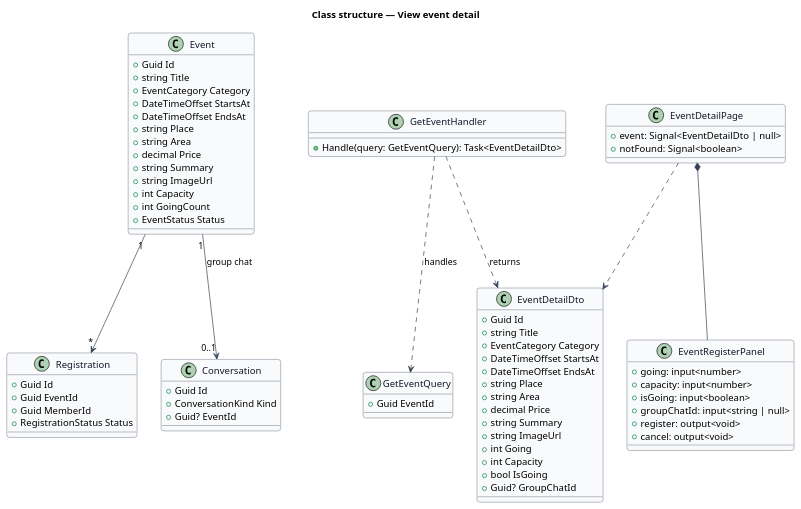
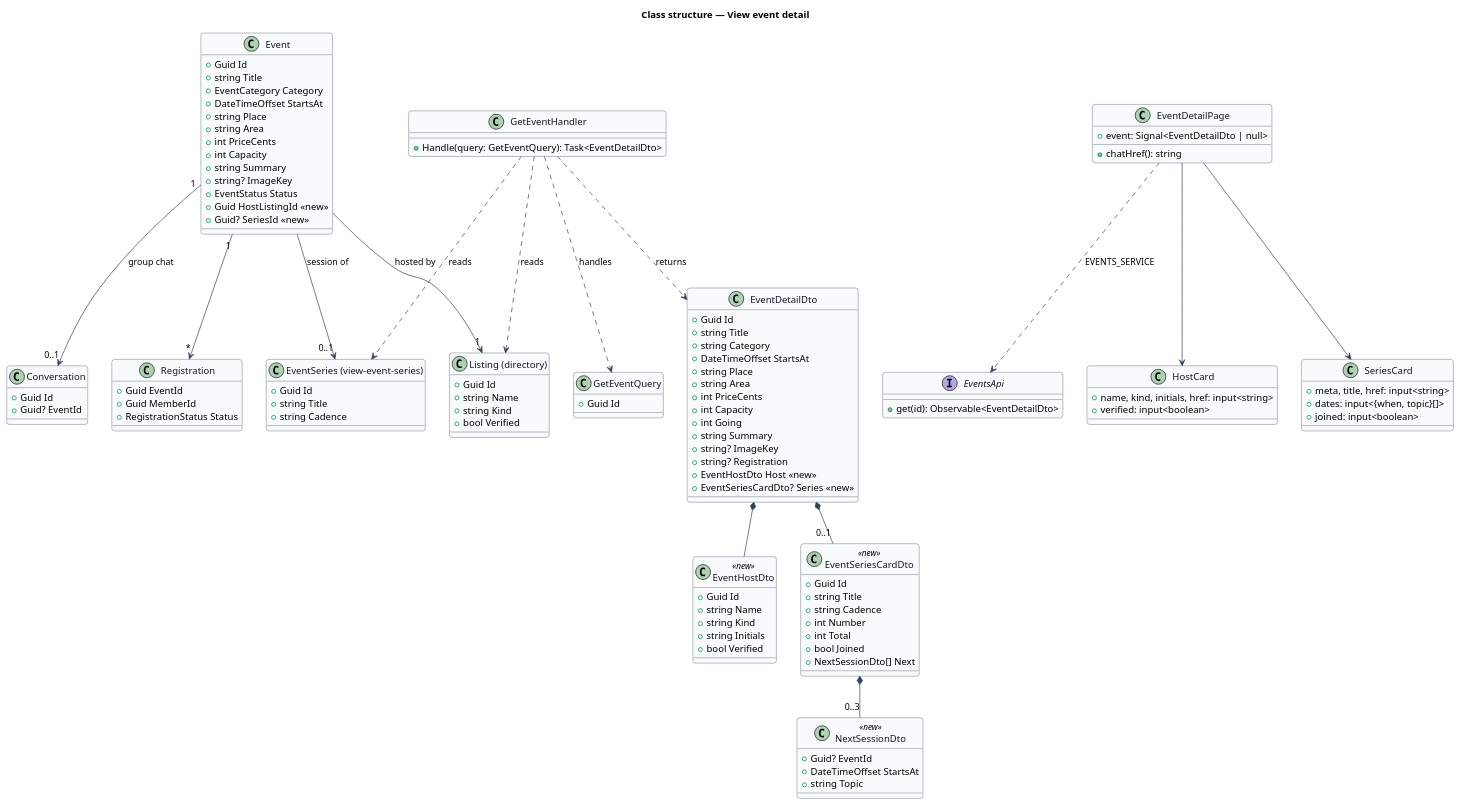
One commit to QuinntyneBrown/christian-fitness changed the diagram in docs/detailed-designs/events/view-event-detail/diagrams/class.puml. Above: the diagram before and after it, drawn with PlantUML. The commit also changed 84 other files, not shown here.

```diff
--- a/docs/detailed-designs/events/view-event-detail/diagrams/class.puml
+++ b/docs/detailed-designs/events/view-event-detail/diagrams/class.puml
@@ -1,80 +1,122 @@
 @startuml
 skinparam backgroundColor #FFFFFF
 skinparam shadowing false
 skinparam roundcorner 8
 skinparam defaultFontName Arial
 skinparam ArrowColor #344054
 skinparam class {
   BorderColor #344054
   FontColor #101828
   BackgroundColor #F9FAFB
 }
 title Class structure — View event detail
 
 class Event {
   +Guid Id
   +string Title
   +EventCategory Category
   +DateTimeOffset StartsAt
-  +DateTimeOffset EndsAt
   +string Place
   +string Area
-  +decimal Price
+  +int PriceCents
+  +int Capacity
   +string Summary
-  +string ImageUrl
-  +int Capacity
-  +int GoingCount
+  +string? ImageKey
   +EventStatus Status
+  +Guid HostListingId <<new>>
+  +Guid? SeriesId <<new>>
 }
 class Registration {
-  +Guid Id
   +Guid EventId
   +Guid MemberId
   +RegistrationStatus Status
 }
 class Conversation {
   +Guid Id
-  +ConversationKind Kind
   +Guid? EventId
 }
+class "Listing (directory)" as Listing {
+  +Guid Id
+  +string Name
+  +string Kind
+  +bool Verified
+}
+class "EventSeries (view-event-series)" as EventSeries {
+  +Guid Id
+  +string Title
+  +string Cadence
+}
 class GetEventQuery {
-  +Guid EventId
+  +Guid Id
 }
 class GetEventHandler {
   +Handle(query: GetEventQuery): Task<EventDetailDto>
 }
 class EventDetailDto {
   +Guid Id
   +string Title
-  +EventCategory Category
+  +string Category
   +DateTimeOffset StartsAt
-  +DateTimeOffset EndsAt
   +string Place
   +string Area
-  +decimal Price
+  +int PriceCents
+  +int Capacity
+  +int Going
   +string Summary
-  +string ImageUrl
-  +int Going
-  +int Capacity
-  +bool IsGoing
-  +Guid? GroupChatId
+  +string? ImageKey
+  +string? Registration
+  +EventHostDto Host <<new>>
+  +EventSeriesCardDto? Series <<new>>
+}
+class EventHostDto <<new>> {
+  +Guid Id
+  +string Name
+  +string Kind
+  +string Initials
+  +bool Verified
+}
+class EventSeriesCardDto <<new>> {
+  +Guid Id
+  +string Title
+  +string Cadence
+  +int Number
+  +int Total
+  +bool Joined
+  +NextSessionDto[] Next
+}
+class NextSessionDto <<new>> {
+  +Guid? EventId
+  +DateTimeOffset StartsAt
+  +string Topic
+}
+interface EventsApi {
+  +get(id): Observable<EventDetailDto>
 }
 class EventDetailPage {
   +event: Signal<EventDetailDto | null>
-  +notFound: Signal<boolean>
+  +chatHref(): string
 }
-class EventRegisterPanel {
-  +going: input<number>
-  +capacity: input<number>
-  +isGoing: input<boolean>
-  +groupChatId: input<string | null>
-  +register: output<void>
-  +cancel: output<void>
+class HostCard {
+  +name, kind, initials, href: input<string>
+  +verified: input<boolean>
+}
+class SeriesCard {
+  +meta, title, href: input<string>
+  +dates: input<{when, topic}[]>
+  +joined: input<boolean>
 }
 Event "1" --> "*" Registration
 Event "1" --> "0..1" Conversation : group chat
+Event --> "1" Listing : hosted by
+Event --> "0..1" EventSeries : session of
 GetEventHandler ..> GetEventQuery : handles
 GetEventHandler ..> EventDetailDto : returns
-EventDetailPage *-- EventRegisterPanel
-EventDetailPage ..> EventDetailDto
+GetEventHandler ..> Listing : reads
+GetEventHandler ..> EventSeries : reads
+EventDetailDto *-- EventHostDto
+EventDetailDto *-- "0..1" EventSeriesCardDto
+EventSeriesCardDto *-- "0..3" NextSessionDto
+EventDetailPage ..> EventsApi : EVENTS_SERVICE
+EventDetailPage --> HostCard
+EventDetailPage --> SeriesCard
 @enduml
```
